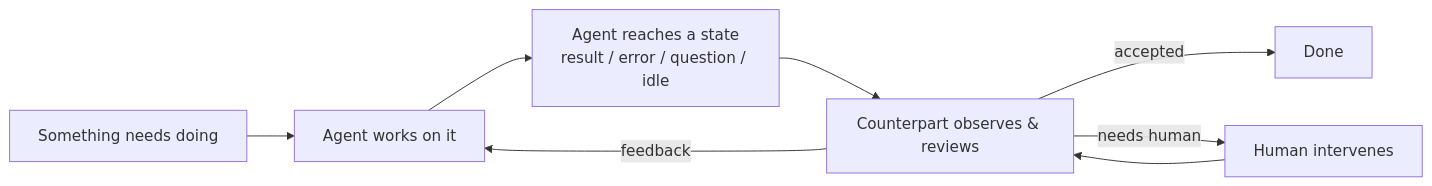
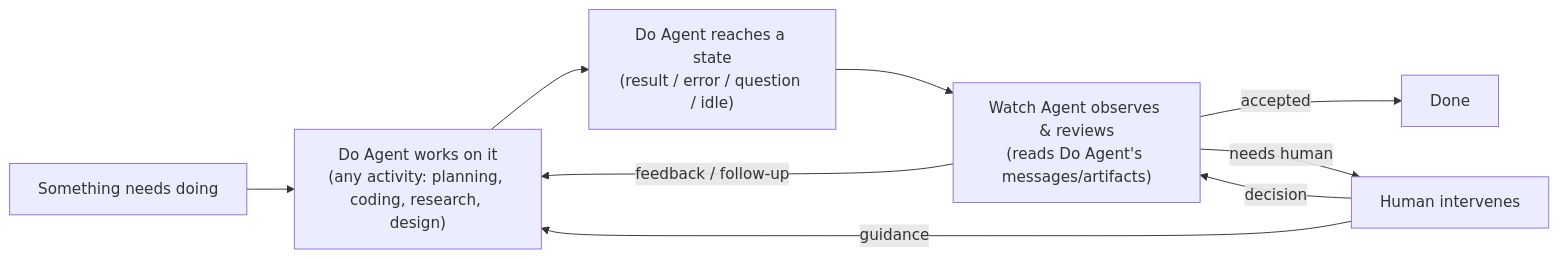
Before and after one commit to lsm/neokai: the first of 7 diagrams in docs/design/room-runtime-spec.md, drawn with Mermaid. The commit also changed other lines of this file, not shown here.

First line of the commit message:
docs: update room runtime spec to v0.3 — Do/Watch agent model

````diff
--- a/docs/design/room-runtime-spec.md
+++ b/docs/design/room-runtime-spec.md
@@ -34,10 +32,11 @@
 ```mermaid
 graph LR
-    A[Something needs doing] --> B[Agent works on it]
-    B --> C[Agent reaches a state<br/>result / error / question / idle]
-    C --> D[Counterpart observes & reviews]
-    D -->|feedback| B
+    A[Something needs doing] --> B["Do Agent works on it<br/>(any activity: planning, coding, research, design)"]
+    B --> C["Do Agent reaches a state<br/>(result / error / question / idle)"]
+    C --> D["Watch Agent observes & reviews<br/>(reads Do Agent's messages/artifacts)"]
+    D -->|feedback / follow-up| B
     D -->|accepted| E[Done]
     D -->|needs human| F[Human intervenes]
-    F --> D
+    F -->|guidance| B
+    F -->|decision| D
 ```
````
